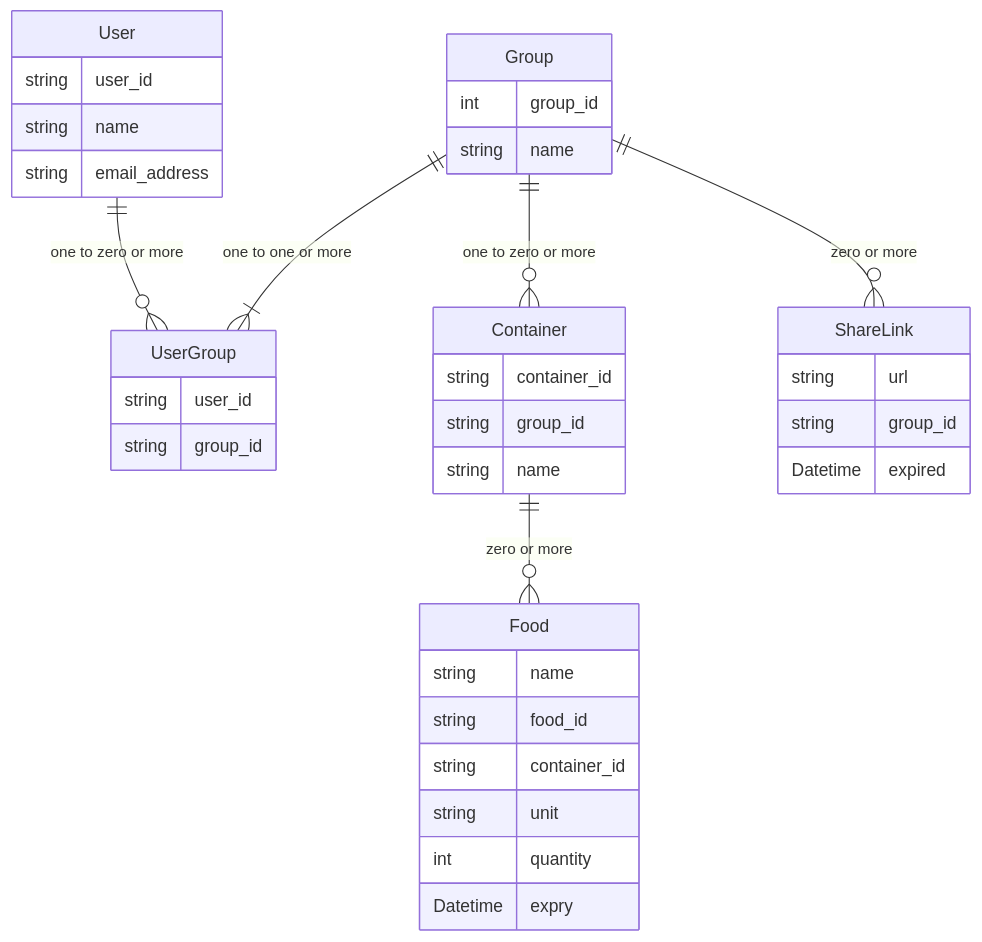
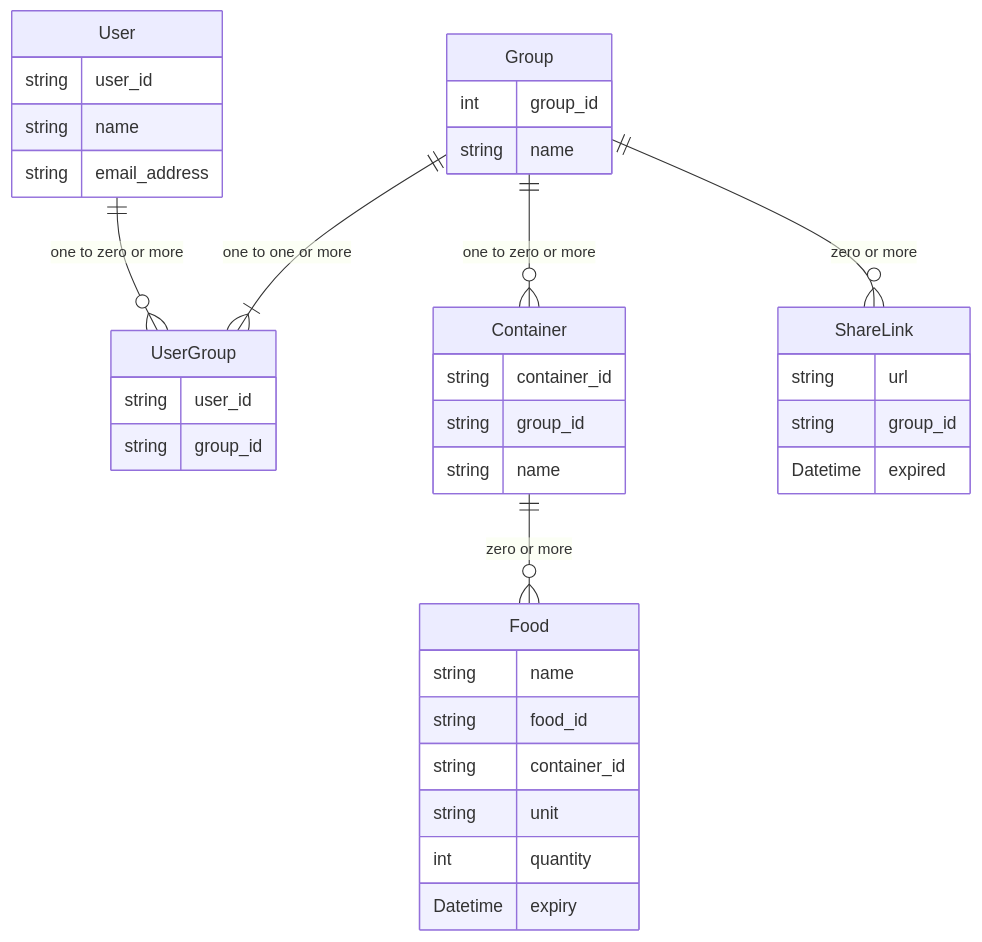
Before and after one commit to nishiki-tech/nishiki-documents: the diagram in project-document/docs/er-diagram/er-diagram.md, drawn with Mermaid.

````diff
--- a/project-document/docs/er-diagram/er-diagram.md
+++ b/project-document/docs/er-diagram/er-diagram.md
@@ -3,48 +3,48 @@
 ```mermaid
 erDiagram
 
 User {
     string user_id
     string name
     string email_address
 }
 
 UserGroup {
     string user_id
     string group_id
 }
 
 Group {
     int group_id
     string name
 }
 
 Container {
     string container_id
     string group_id
     string name
 }
 
 Food {
     string name
     string food_id
     string container_id
     string unit
     int quantity
-    Datetime expry
+    Datetime expiry
 }
 
 ShareLink {
     string url
     string group_id
     Datetime expired
 }
 
 User ||--o{ UserGroup : "one to zero or more"
 Group ||--|{ UserGroup : "one to one or more"
 Group ||--o{ Container : "one to zero or more"
 Container ||--o{ Food : "zero or more"
 Group ||--o{ ShareLink : "zero or more"
 
 
 ```
````
